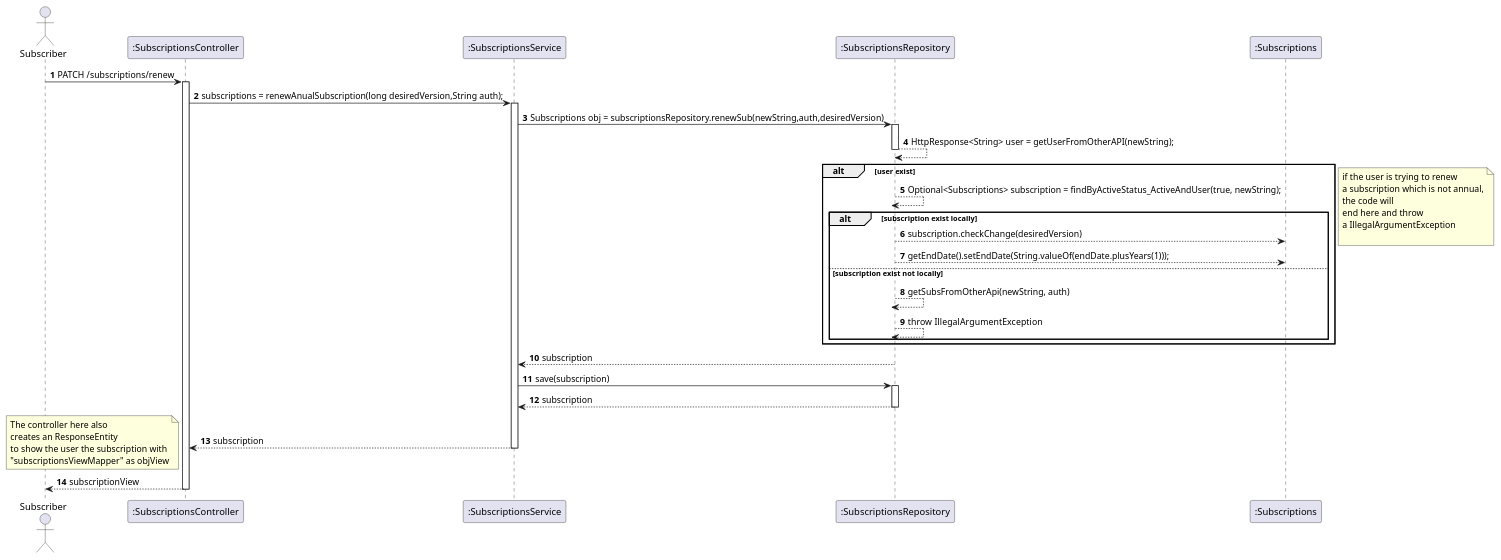
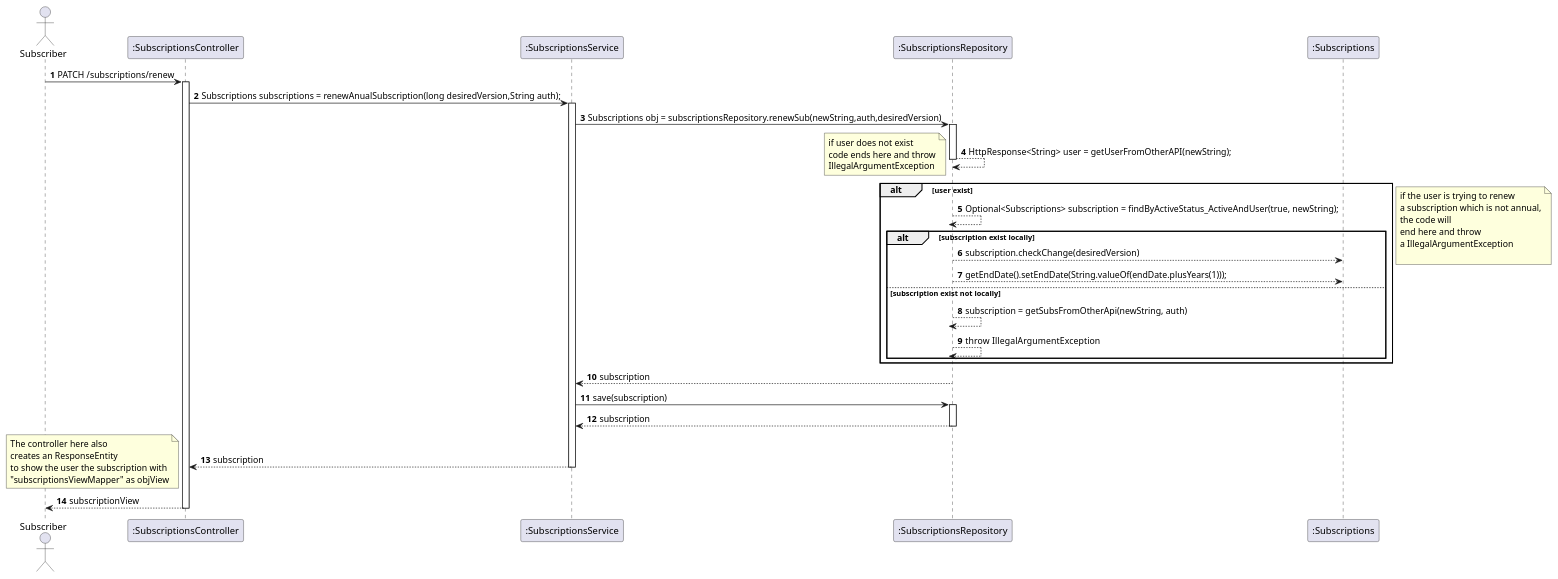
Before and after one commit to IsepMartimOliveira/SIDIS: the diagram in docs_sidis/Subs/UC23 - RenewSubs/UC23-SD.puml, drawn with PlantUML. The commit also changed 9 other files, not shown here.

```diff
--- a/docs_sidis/Subs/UC23 - RenewSubs/UC23-SD.puml
+++ b/docs_sidis/Subs/UC23 - RenewSubs/UC23-SD.puml
@@ -1,55 +1,61 @@
 @startuml
 'https://plantuml.com/sequence-diagram
 autoactivate on
 autonumber
 
 
 actor "Subscriber" as Ac
 participant ":SubscriptionsController" as Ctrl
 participant ":SubscriptionsService" as Serv
 participant ":SubscriptionsRepository" as SubRepo
 participant ":Subscriptions" as Sub
 
 
 Ac -> Ctrl : PATCH /subscriptions/renew
-Ctrl -> Serv : subscriptions = renewAnualSubscription(long desiredVersion,String auth);
+Ctrl -> Serv : Subscriptions subscriptions = renewAnualSubscription(long desiredVersion,String auth);
 Serv -> SubRepo:Subscriptions obj = subscriptionsRepository.renewSub(newString,auth,desiredVersion)
 
 SubRepo --> SubRepo: HttpResponse<String> user = getUserFromOtherAPI(newString);
+note left
+  if user does not exist
+  code ends here and throw
+  IllegalArgumentException
+end note
 alt user exist
     SubRepo --> SubRepo:Optional<Subscriptions> subscription = findByActiveStatus_ActiveAndUser(true, newString);
         alt subscription exist locally
          SubRepo --> Sub:  subscription.checkChange(desiredVersion)
          SubRepo --> Sub:  getEndDate().setEndDate(String.valueOf(endDate.plusYears(1)));
          else subscription exist not locally
-         SubRepo --> SubRepo: getSubsFromOtherApi(newString, auth)
+         SubRepo --> SubRepo: subscription = getSubsFromOtherApi(newString, auth)
          SubRepo --> SubRepo:throw  IllegalArgumentException
         end
 
 end
+
 
 note right
   if the user is trying to renew
   a subscription which is not annual,
   the code will
   end here and throw
   a IllegalArgumentException
 
 end note
 
 SubRepo --> Serv: subscription
 
 Serv -> SubRepo: save(subscription)
 SubRepo --> Serv: subscription
 Serv --> Ctrl: subscription
 
 
 note left
  The controller here also
  creates an ResponseEntity
  to show the user the subscription with
  "subscriptionsViewMapper" as objView
 end note
 Ac <-- Ctrl : subscriptionView
 
 @enduml
```
